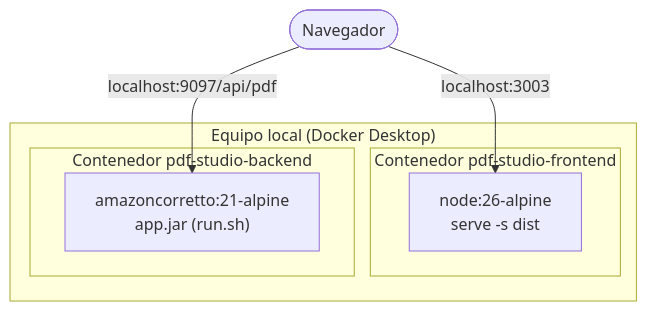
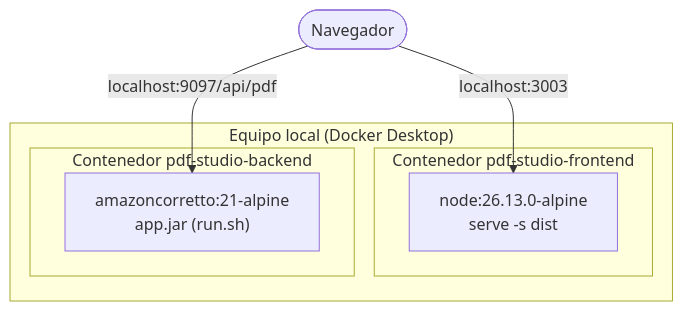
The second of 6 diagrams in README.md (programming0026/pdf-converter), drawn with Mermaid before and after one commit. The commit also changed 6 other files, not shown here.

````diff
--- a/README.md
+++ b/README.md
@@ -65,13 +65,13 @@
 ```mermaid
 flowchart TB
     subgraph Host["Equipo local (Docker Desktop)"]
         subgraph C1["Contenedor pdf-studio-frontend"]
-            N["node:26-alpine<br/>serve -s dist"]
+            N["node:26.13.0-alpine<br/>serve -s dist"]
         end
         subgraph C2["Contenedor pdf-studio-backend"]
             J["amazoncorretto:21-alpine<br/>app.jar (run.sh)"]
         end
     end
     B([Navegador]) -- "localhost:3003" --> N
     B -- "localhost:9097/api/pdf" --> J
 ```
````
